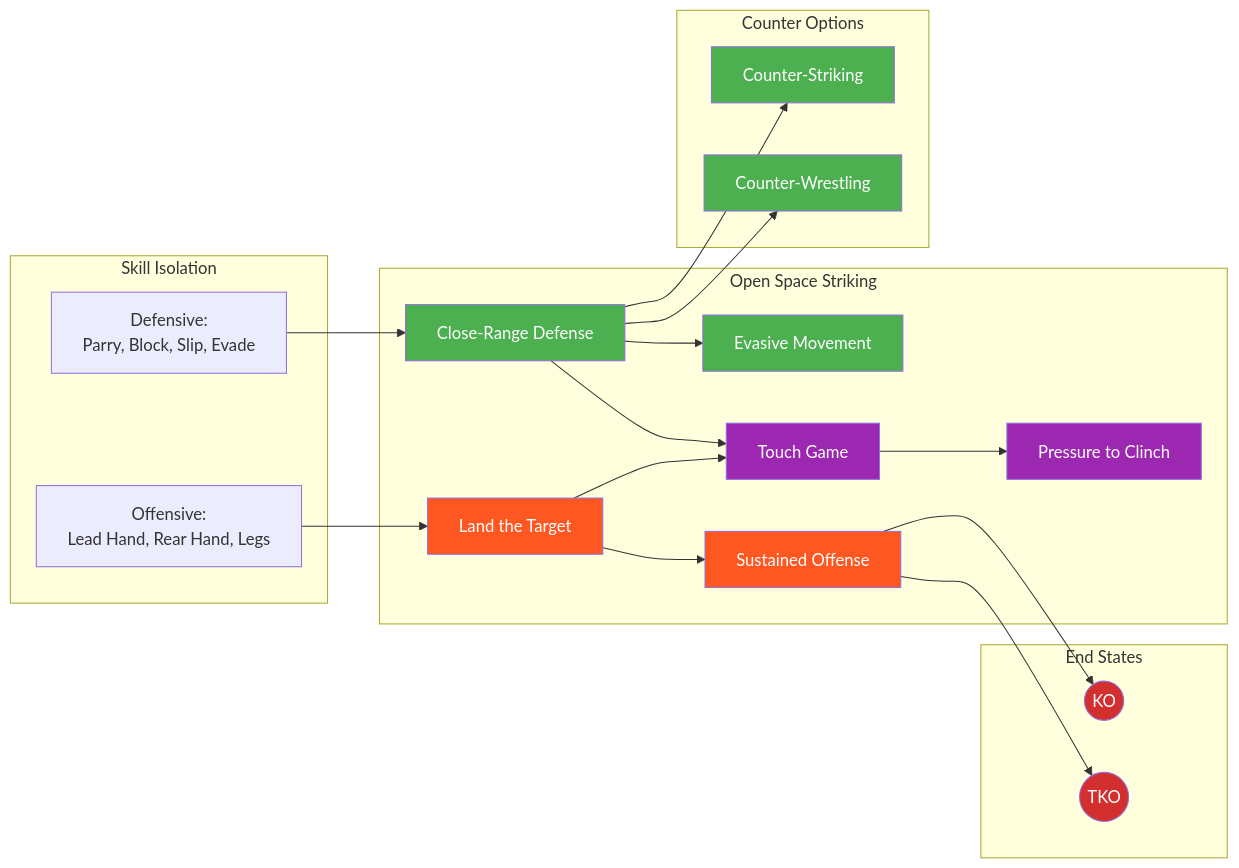
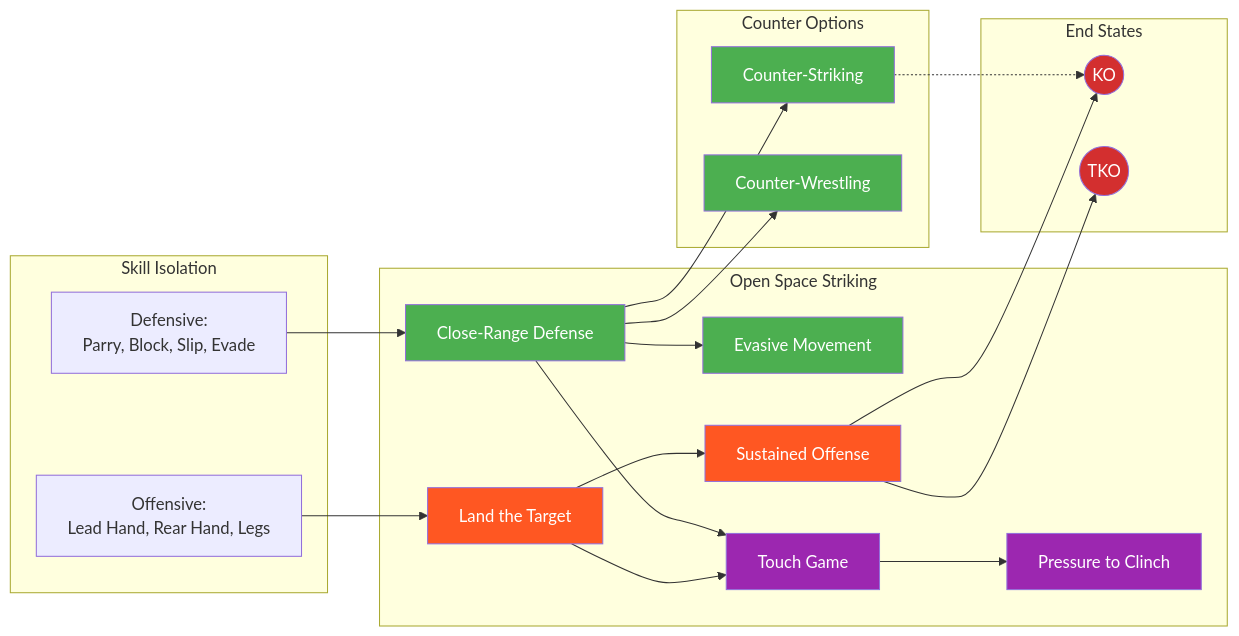
Before and after one commit to ACalienes/Ecological-MMA-Game-System: the third of 7 diagrams in docs/system/map.md, drawn with Mermaid. The commit also changed other lines of this file and 1 other file, not shown here.

Commit message:
Add counter-knockout path from defensive striking
Counter-strikers can finish fights with clean counters (Anderson Silva,
Lyoto Machida, etc.). Added dotted path from O_DEF → KO labeled "Counter"
to represent this defensive finish path.

Changes:
- index.md: Add O_DEF -.->|"Counter"| KO
- map.md: Add CS -.-> KO in both diagrams

Follows same pattern as defensive submissions (dotted = less common path).

````diff
--- a/docs/system/map.md
+++ b/docs/system/map.md
@@ -269,49 +270,50 @@
 ```mermaid
 flowchart LR
     subgraph SKILL["Skill Isolation"]
         DEF_SK[Defensive:<br/>Parry, Block, Slip, Evade]
         OFF_SK[Offensive:<br/>Lead Hand, Rear Hand, Legs]
     end
 
     subgraph STRIKING["Open Space Striking"]
         CRD[Close-Range Defense]
         EM[Evasive Movement]
         LT[Land the Target]
         SO[Sustained Offense]
         TG[Touch Game]
         PC[Pressure to Clinch]
     end
 
     subgraph COUNTER["Counter Options"]
         CS[Counter-Striking]
         CW[Counter-Wrestling]
     end
 
     subgraph FINISH["End States"]
         KO((KO))
         TKO((TKO))
     end
 
     DEF_SK --> CRD
     OFF_SK --> LT
     CRD --> TG
     CRD --> EM
     CRD --> CS
     CRD --> CW
     LT --> TG
     LT --> SO
     TG --> PC
     SO --> KO
     SO --> TKO
+    CS -.-> KO
 
     style CRD fill:#4CAF50,color:#fff
     style EM fill:#4CAF50,color:#fff
     style CS fill:#4CAF50,color:#fff
     style CW fill:#4CAF50,color:#fff
     style LT fill:#FF5722,color:#fff
     style SO fill:#FF5722,color:#fff
     style TG fill:#9C27B0,color:#fff
     style PC fill:#9C27B0,color:#fff
     style KO fill:#D32F2F,color:#fff
     style TKO fill:#D32F2F,color:#fff
 ```
````
